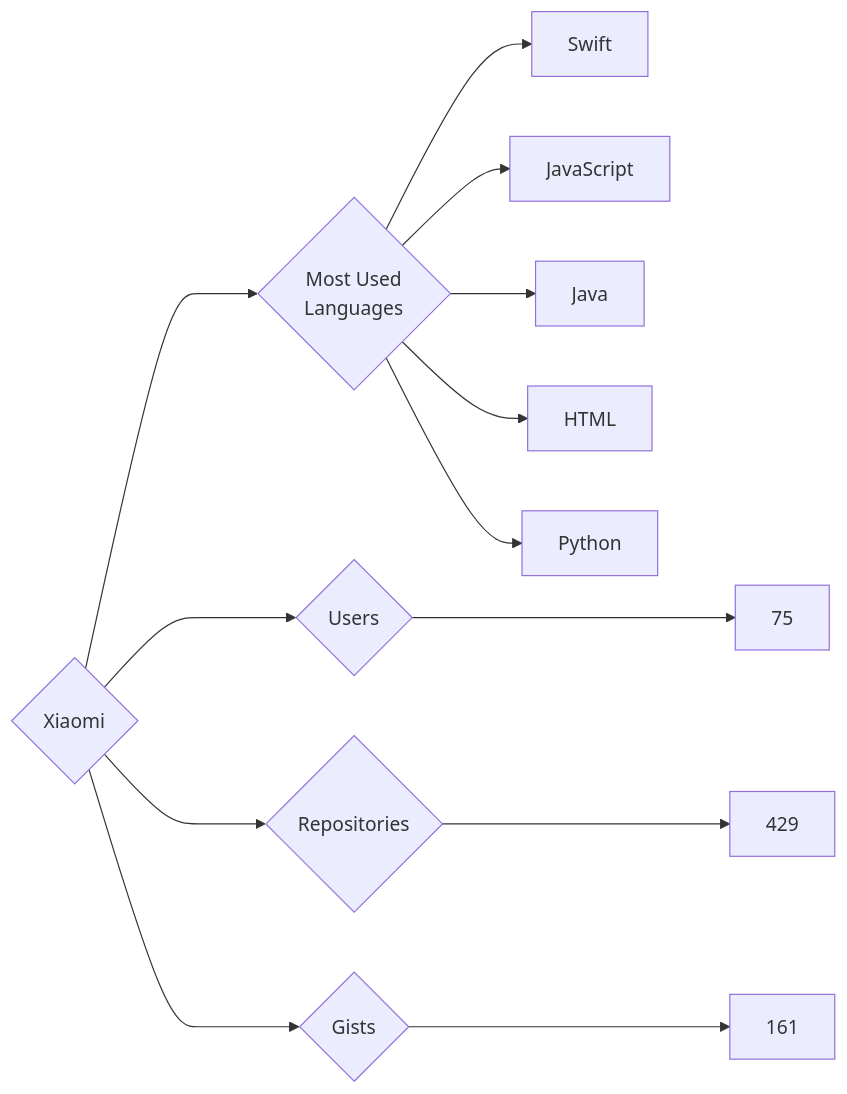
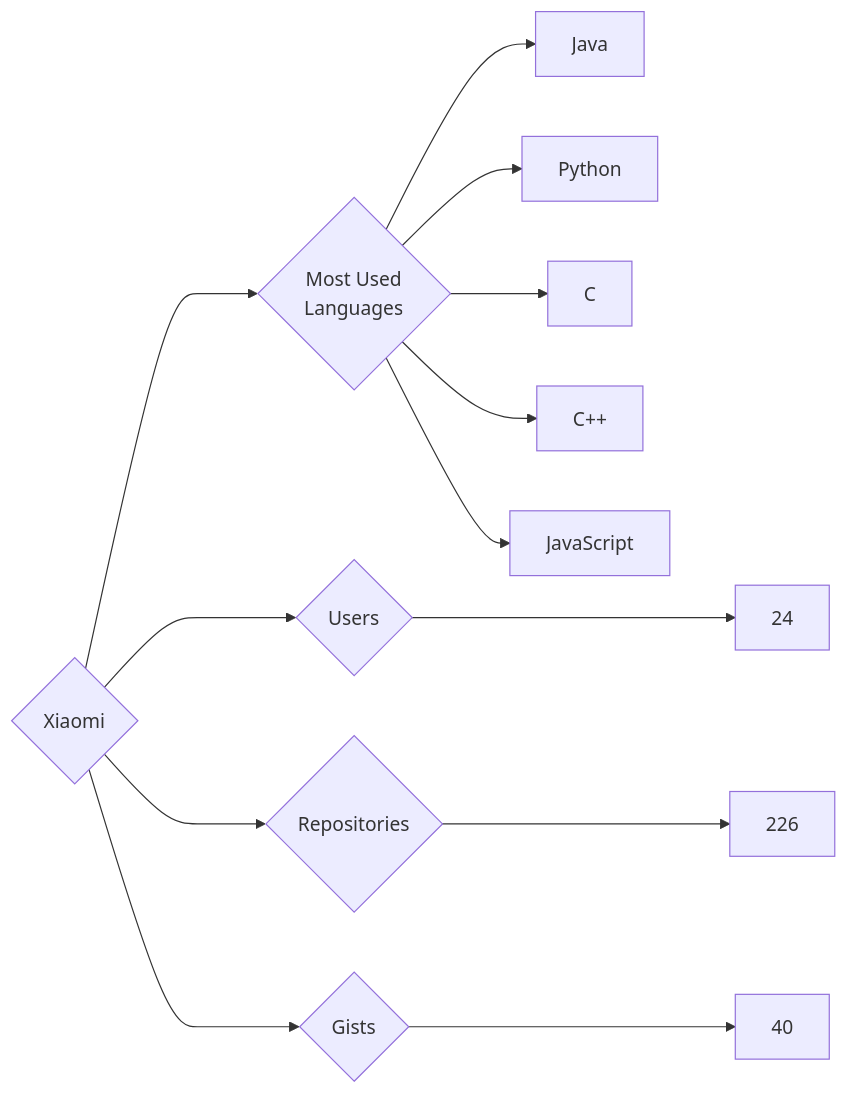
The diagram in targets/Xiaomi/README.md (trickest/insiders), drawn with Mermaid before and after one commit. The commit also changed 815 other files, not shown here.

````diff
--- a/targets/Xiaomi/README.md
+++ b/targets/Xiaomi/README.md
@@ -3,13 +3,13 @@
 ```mermaid
 graph LR
 COMPANY_NAME{Xiaomi}
-COMPANY_NAME ---> U{Users} ---> UN[75]
-COMPANY_NAME ---> R{Repositories} ---> RN[429]
-COMPANY_NAME ---> G{Gists} ---> GN[161]
+COMPANY_NAME ---> U{Users} ---> UN[24]
+COMPANY_NAME ---> R{Repositories} ---> RN[226]
+COMPANY_NAME ---> G{Gists} ---> GN[40]
 COMPANY_NAME ---> ML{Most Used<br>Languages}
-ML --> Swift[Swift]
+ML --> Java[Java]
+ML --> Python[Python]
+ML --> C[C]
+ML --> C++[C++]
 ML --> JavaScript[JavaScript]
-ML --> Java[Java]
-ML --> HTML[HTML]
-ML --> Python[Python]
 ```
````
